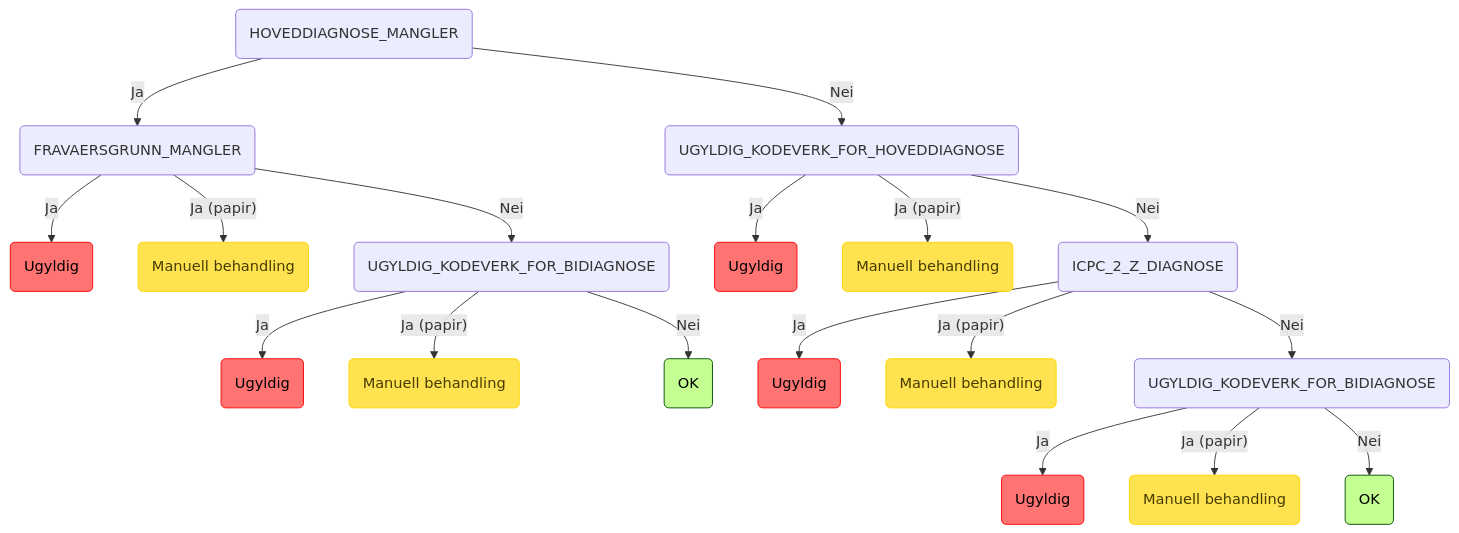
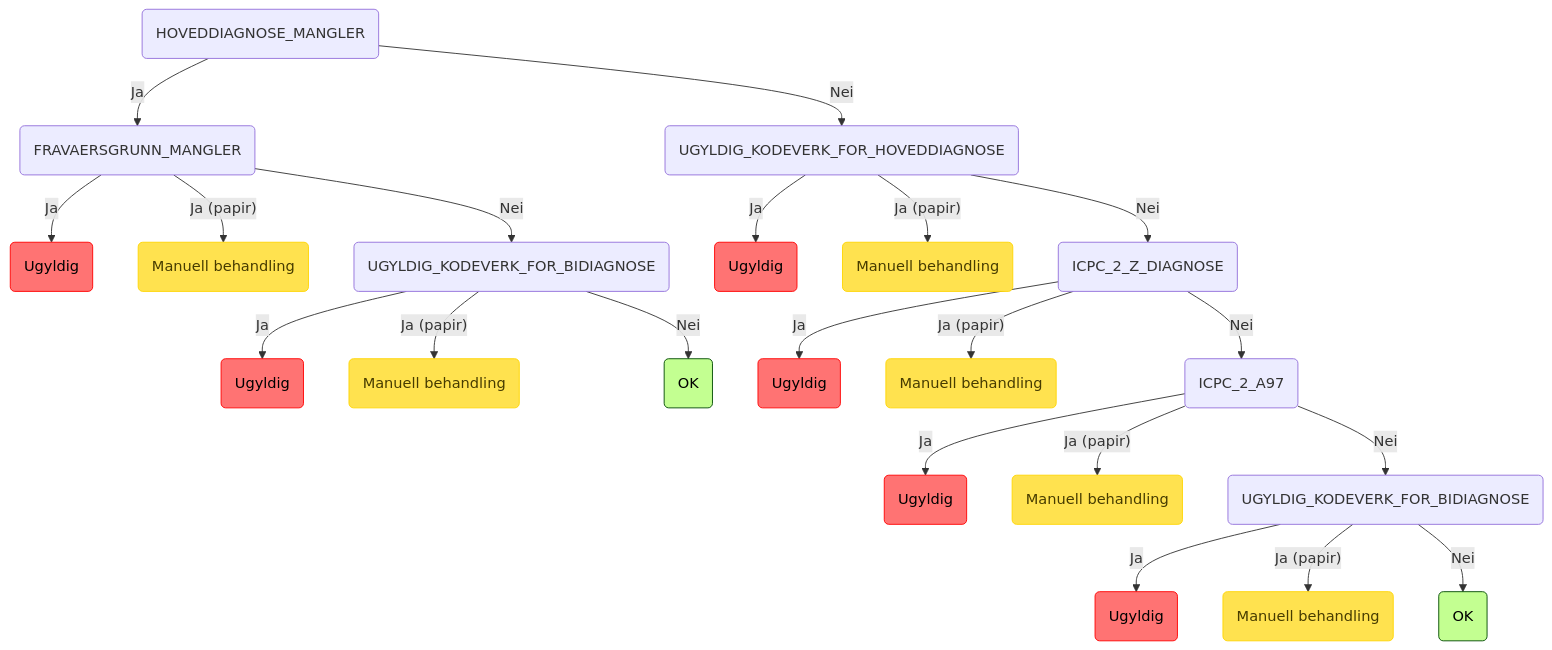
Before and after one commit to navikt/regulus-regula: the fifth of 8 diagrams in README.md, drawn with Mermaid. The commit also changed 6 other files, not shown here.

Commit message:
feat: ICPC2(B) A97 diagnose should result in INVALID in rule execution

````diff
--- a/README.md
+++ b/README.md
@@ -155,23 +155,26 @@
 ```mermaid
 graph TD
     root(HOVEDDIAGNOSE_MANGLER) -->|Ja| root_HOVEDDIAGNOSE_MANGLER_FRAVAERSGRUNN_MANGLER(FRAVAERSGRUNN_MANGLER)
     root_HOVEDDIAGNOSE_MANGLER_FRAVAERSGRUNN_MANGLER(FRAVAERSGRUNN_MANGLER) -->|Ja| root_HOVEDDIAGNOSE_MANGLER_FRAVAERSGRUNN_MANGLER_INVALID(Ugyldig):::invalid
     root_HOVEDDIAGNOSE_MANGLER_FRAVAERSGRUNN_MANGLER(FRAVAERSGRUNN_MANGLER) -->|"Ja (papir)"| root_HOVEDDIAGNOSE_MANGLER_FRAVAERSGRUNN_MANGLER_INVALID_papir(Manuell behandling):::manuell
     root_HOVEDDIAGNOSE_MANGLER_FRAVAERSGRUNN_MANGLER(FRAVAERSGRUNN_MANGLER) -->|Nei| root_HOVEDDIAGNOSE_MANGLER_FRAVAERSGRUNN_MANGLER_UGYLDIG_KODEVERK_FOR_BIDIAGNOSE(UGYLDIG_KODEVERK_FOR_BIDIAGNOSE)
     root_HOVEDDIAGNOSE_MANGLER_FRAVAERSGRUNN_MANGLER_UGYLDIG_KODEVERK_FOR_BIDIAGNOSE(UGYLDIG_KODEVERK_FOR_BIDIAGNOSE) -->|Ja| root_HOVEDDIAGNOSE_MANGLER_FRAVAERSGRUNN_MANGLER_UGYLDIG_KODEVERK_FOR_BIDIAGNOSE_INVALID(Ugyldig):::invalid
     root_HOVEDDIAGNOSE_MANGLER_FRAVAERSGRUNN_MANGLER_UGYLDIG_KODEVERK_FOR_BIDIAGNOSE(UGYLDIG_KODEVERK_FOR_BIDIAGNOSE) -->|"Ja (papir)"| root_HOVEDDIAGNOSE_MANGLER_FRAVAERSGRUNN_MANGLER_UGYLDIG_KODEVERK_FOR_BIDIAGNOSE_INVALID_papir(Manuell behandling):::manuell
     root_HOVEDDIAGNOSE_MANGLER_FRAVAERSGRUNN_MANGLER_UGYLDIG_KODEVERK_FOR_BIDIAGNOSE(UGYLDIG_KODEVERK_FOR_BIDIAGNOSE) -->|Nei| root_HOVEDDIAGNOSE_MANGLER_FRAVAERSGRUNN_MANGLER_UGYLDIG_KODEVERK_FOR_BIDIAGNOSE_OK(OK):::ok
     root(HOVEDDIAGNOSE_MANGLER) -->|Nei| root_HOVEDDIAGNOSE_MANGLER_UGYLDIG_KODEVERK_FOR_HOVEDDIAGNOSE(UGYLDIG_KODEVERK_FOR_HOVEDDIAGNOSE)
     root_HOVEDDIAGNOSE_MANGLER_UGYLDIG_KODEVERK_FOR_HOVEDDIAGNOSE(UGYLDIG_KODEVERK_FOR_HOVEDDIAGNOSE) -->|Ja| root_HOVEDDIAGNOSE_MANGLER_UGYLDIG_KODEVERK_FOR_HOVEDDIAGNOSE_INVALID(Ugyldig):::invalid
     root_HOVEDDIAGNOSE_MANGLER_UGYLDIG_KODEVERK_FOR_HOVEDDIAGNOSE(UGYLDIG_KODEVERK_FOR_HOVEDDIAGNOSE) -->|"Ja (papir)"| root_HOVEDDIAGNOSE_MANGLER_UGYLDIG_KODEVERK_FOR_HOVEDDIAGNOSE_INVALID_papir(Manuell behandling):::manuell
     root_HOVEDDIAGNOSE_MANGLER_UGYLDIG_KODEVERK_FOR_HOVEDDIAGNOSE(UGYLDIG_KODEVERK_FOR_HOVEDDIAGNOSE) -->|Nei| root_HOVEDDIAGNOSE_MANGLER_UGYLDIG_KODEVERK_FOR_HOVEDDIAGNOSE_ICPC_2_Z_DIAGNOSE(ICPC_2_Z_DIAGNOSE)
     root_HOVEDDIAGNOSE_MANGLER_UGYLDIG_KODEVERK_FOR_HOVEDDIAGNOSE_ICPC_2_Z_DIAGNOSE(ICPC_2_Z_DIAGNOSE) -->|Ja| root_HOVEDDIAGNOSE_MANGLER_UGYLDIG_KODEVERK_FOR_HOVEDDIAGNOSE_ICPC_2_Z_DIAGNOSE_INVALID(Ugyldig):::invalid
     root_HOVEDDIAGNOSE_MANGLER_UGYLDIG_KODEVERK_FOR_HOVEDDIAGNOSE_ICPC_2_Z_DIAGNOSE(ICPC_2_Z_DIAGNOSE) -->|"Ja (papir)"| root_HOVEDDIAGNOSE_MANGLER_UGYLDIG_KODEVERK_FOR_HOVEDDIAGNOSE_ICPC_2_Z_DIAGNOSE_INVALID_papir(Manuell behandling):::manuell
-    root_HOVEDDIAGNOSE_MANGLER_UGYLDIG_KODEVERK_FOR_HOVEDDIAGNOSE_ICPC_2_Z_DIAGNOSE(ICPC_2_Z_DIAGNOSE) -->|Nei| root_HOVEDDIAGNOSE_MANGLER_UGYLDIG_KODEVERK_FOR_HOVEDDIAGNOSE_ICPC_2_Z_DIAGNOSE_UGYLDIG_KODEVERK_FOR_BIDIAGNOSE(UGYLDIG_KODEVERK_FOR_BIDIAGNOSE)
-    root_HOVEDDIAGNOSE_MANGLER_UGYLDIG_KODEVERK_FOR_HOVEDDIAGNOSE_ICPC_2_Z_DIAGNOSE_UGYLDIG_KODEVERK_FOR_BIDIAGNOSE(UGYLDIG_KODEVERK_FOR_BIDIAGNOSE) -->|Ja| root_HOVEDDIAGNOSE_MANGLER_UGYLDIG_KODEVERK_FOR_HOVEDDIAGNOSE_ICPC_2_Z_DIAGNOSE_UGYLDIG_KODEVERK_FOR_BIDIAGNOSE_INVALID(Ugyldig):::invalid
-    root_HOVEDDIAGNOSE_MANGLER_UGYLDIG_KODEVERK_FOR_HOVEDDIAGNOSE_ICPC_2_Z_DIAGNOSE_UGYLDIG_KODEVERK_FOR_BIDIAGNOSE(UGYLDIG_KODEVERK_FOR_BIDIAGNOSE) -->|"Ja (papir)"| root_HOVEDDIAGNOSE_MANGLER_UGYLDIG_KODEVERK_FOR_HOVEDDIAGNOSE_ICPC_2_Z_DIAGNOSE_UGYLDIG_KODEVERK_FOR_BIDIAGNOSE_INVALID_papir(Manuell behandling):::manuell
-    root_HOVEDDIAGNOSE_MANGLER_UGYLDIG_KODEVERK_FOR_HOVEDDIAGNOSE_ICPC_2_Z_DIAGNOSE_UGYLDIG_KODEVERK_FOR_BIDIAGNOSE(UGYLDIG_KODEVERK_FOR_BIDIAGNOSE) -->|Nei| root_HOVEDDIAGNOSE_MANGLER_UGYLDIG_KODEVERK_FOR_HOVEDDIAGNOSE_ICPC_2_Z_DIAGNOSE_UGYLDIG_KODEVERK_FOR_BIDIAGNOSE_OK(OK):::ok
+    root_HOVEDDIAGNOSE_MANGLER_UGYLDIG_KODEVERK_FOR_HOVEDDIAGNOSE_ICPC_2_Z_DIAGNOSE(ICPC_2_Z_DIAGNOSE) -->|Nei| root_HOVEDDIAGNOSE_MANGLER_UGYLDIG_KODEVERK_FOR_HOVEDDIAGNOSE_ICPC_2_Z_DIAGNOSE_ICPC_2_A97(ICPC_2_A97)
+    root_HOVEDDIAGNOSE_MANGLER_UGYLDIG_KODEVERK_FOR_HOVEDDIAGNOSE_ICPC_2_Z_DIAGNOSE_ICPC_2_A97(ICPC_2_A97) -->|Ja| root_HOVEDDIAGNOSE_MANGLER_UGYLDIG_KODEVERK_FOR_HOVEDDIAGNOSE_ICPC_2_Z_DIAGNOSE_ICPC_2_A97_INVALID(Ugyldig):::invalid
+    root_HOVEDDIAGNOSE_MANGLER_UGYLDIG_KODEVERK_FOR_HOVEDDIAGNOSE_ICPC_2_Z_DIAGNOSE_ICPC_2_A97(ICPC_2_A97) -->|"Ja (papir)"| root_HOVEDDIAGNOSE_MANGLER_UGYLDIG_KODEVERK_FOR_HOVEDDIAGNOSE_ICPC_2_Z_DIAGNOSE_ICPC_2_A97_INVALID_papir(Manuell behandling):::manuell
+    root_HOVEDDIAGNOSE_MANGLER_UGYLDIG_KODEVERK_FOR_HOVEDDIAGNOSE_ICPC_2_Z_DIAGNOSE_ICPC_2_A97(ICPC_2_A97) -->|Nei| root_HOVEDDIAGNOSE_MANGLER_UGYLDIG_KODEVERK_FOR_HOVEDDIAGNOSE_ICPC_2_Z_DIAGNOSE_ICPC_2_A97_UGYLDIG_KODEVERK_FOR_BIDIAGNOSE(UGYLDIG_KODEVERK_FOR_BIDIAGNOSE)
+    root_HOVEDDIAGNOSE_MANGLER_UGYLDIG_KODEVERK_FOR_HOVEDDIAGNOSE_ICPC_2_Z_DIAGNOSE_ICPC_2_A97_UGYLDIG_KODEVERK_FOR_BIDIAGNOSE(UGYLDIG_KODEVERK_FOR_BIDIAGNOSE) -->|Ja| root_HOVEDDIAGNOSE_MANGLER_UGYLDIG_KODEVERK_FOR_HOVEDDIAGNOSE_ICPC_2_Z_DIAGNOSE_ICPC_2_A97_UGYLDIG_KODEVERK_FOR_BIDIAGNOSE_INVALID(Ugyldig):::invalid
+    root_HOVEDDIAGNOSE_MANGLER_UGYLDIG_KODEVERK_FOR_HOVEDDIAGNOSE_ICPC_2_Z_DIAGNOSE_ICPC_2_A97_UGYLDIG_KODEVERK_FOR_BIDIAGNOSE(UGYLDIG_KODEVERK_FOR_BIDIAGNOSE) -->|"Ja (papir)"| root_HOVEDDIAGNOSE_MANGLER_UGYLDIG_KODEVERK_FOR_HOVEDDIAGNOSE_ICPC_2_Z_DIAGNOSE_ICPC_2_A97_UGYLDIG_KODEVERK_FOR_BIDIAGNOSE_INVALID_papir(Manuell behandling):::manuell
+    root_HOVEDDIAGNOSE_MANGLER_UGYLDIG_KODEVERK_FOR_HOVEDDIAGNOSE_ICPC_2_Z_DIAGNOSE_ICPC_2_A97_UGYLDIG_KODEVERK_FOR_BIDIAGNOSE(UGYLDIG_KODEVERK_FOR_BIDIAGNOSE) -->|Nei| root_HOVEDDIAGNOSE_MANGLER_UGYLDIG_KODEVERK_FOR_HOVEDDIAGNOSE_ICPC_2_Z_DIAGNOSE_ICPC_2_A97_UGYLDIG_KODEVERK_FOR_BIDIAGNOSE_OK(OK):::ok
     classDef ok fill:#c3ff91,stroke:#004a00,color: black;
     classDef invalid fill:#ff7373,stroke:#ff0000,color: black;
     classDef manuell fill:#ffe24f,stroke:#ffd500,color: #473c00;
 ```
````
